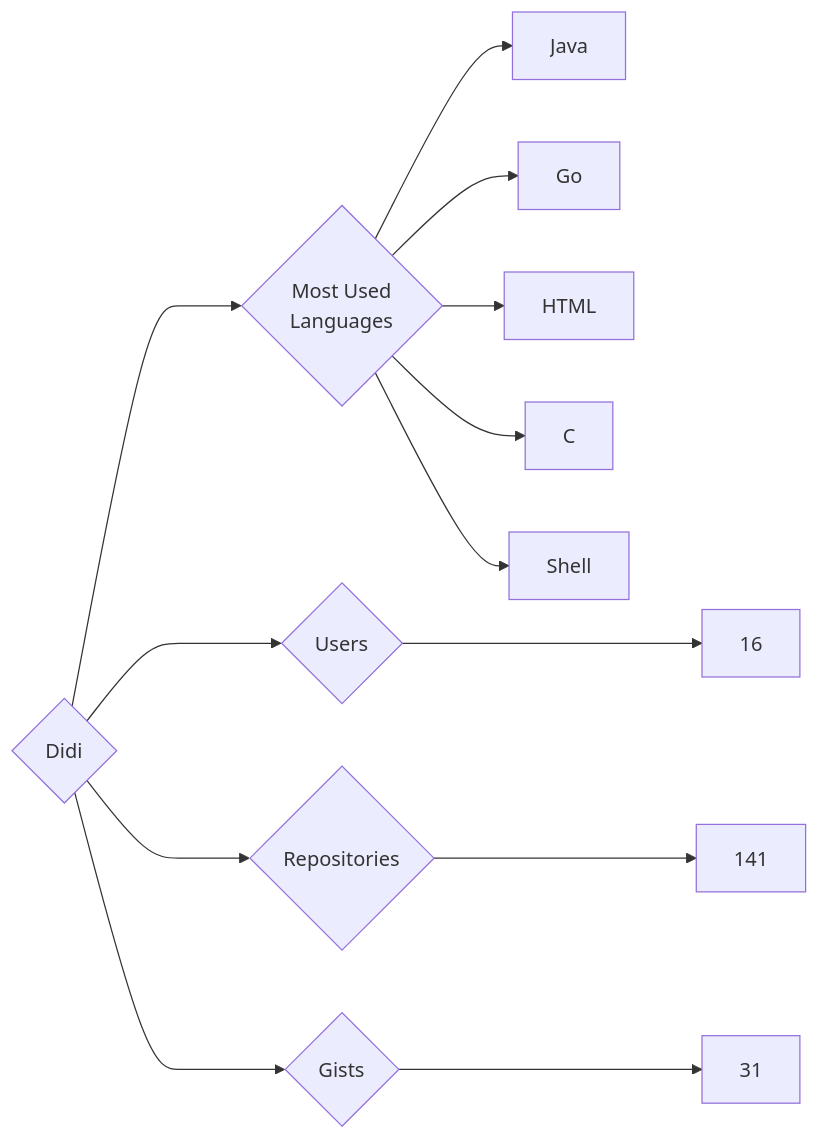
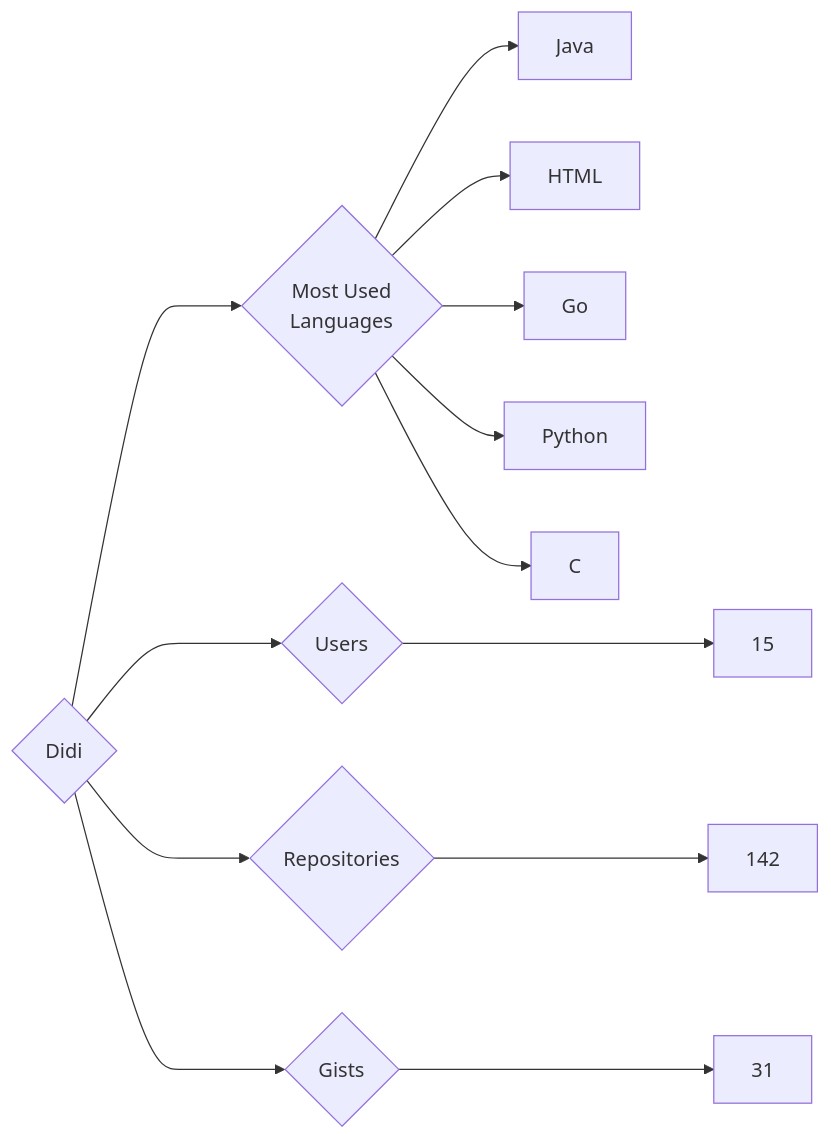
The diagram in targets/Didi/README.md (trickest/insiders), drawn with Mermaid before and after one commit. The commit also changed 932 other files, not shown here.

````diff
--- a/targets/Didi/README.md
+++ b/targets/Didi/README.md
@@ -3,13 +3,13 @@
 ```mermaid
 graph LR
 COMPANY_NAME{Didi}
-COMPANY_NAME ---> U{Users} ---> UN[16]
-COMPANY_NAME ---> R{Repositories} ---> RN[141]
+COMPANY_NAME ---> U{Users} ---> UN[15]
+COMPANY_NAME ---> R{Repositories} ---> RN[142]
 COMPANY_NAME ---> G{Gists} ---> GN[31]
 COMPANY_NAME ---> ML{Most Used<br>Languages}
 ML --> Java[Java]
+ML --> HTML[HTML]
 ML --> Go[Go]
-ML --> HTML[HTML]
+ML --> Python[Python]
 ML --> C[C]
-ML --> Shell[Shell]
 ```
````
